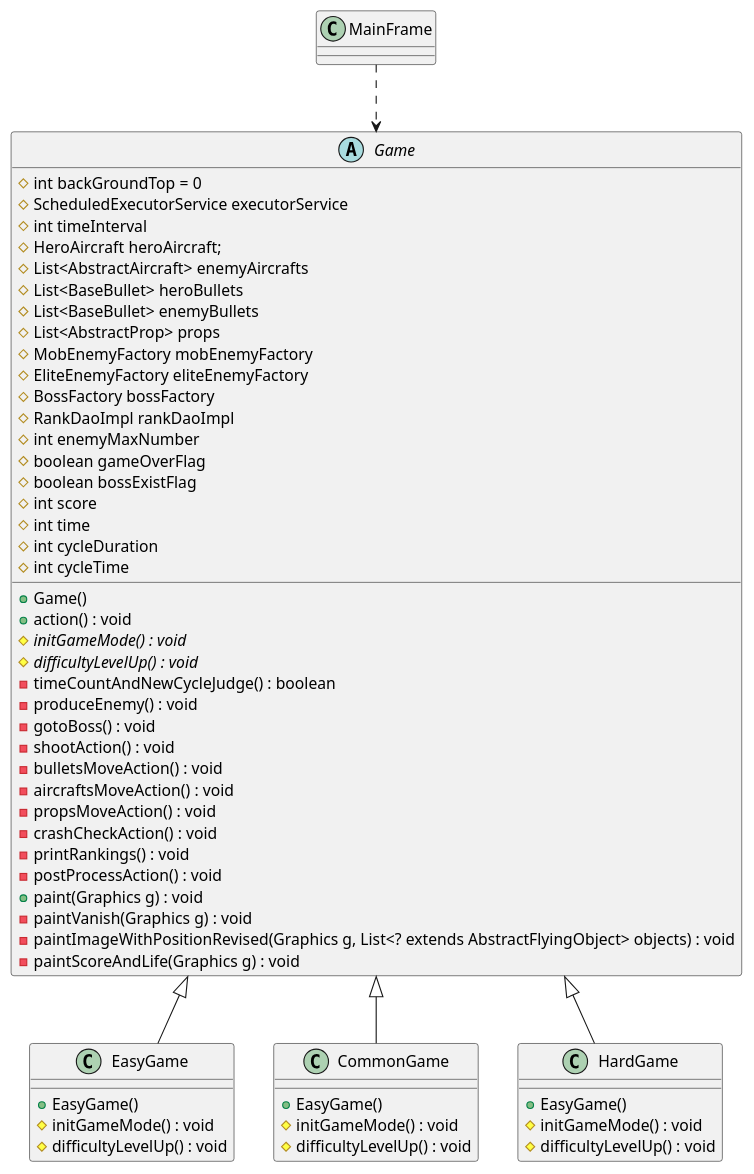
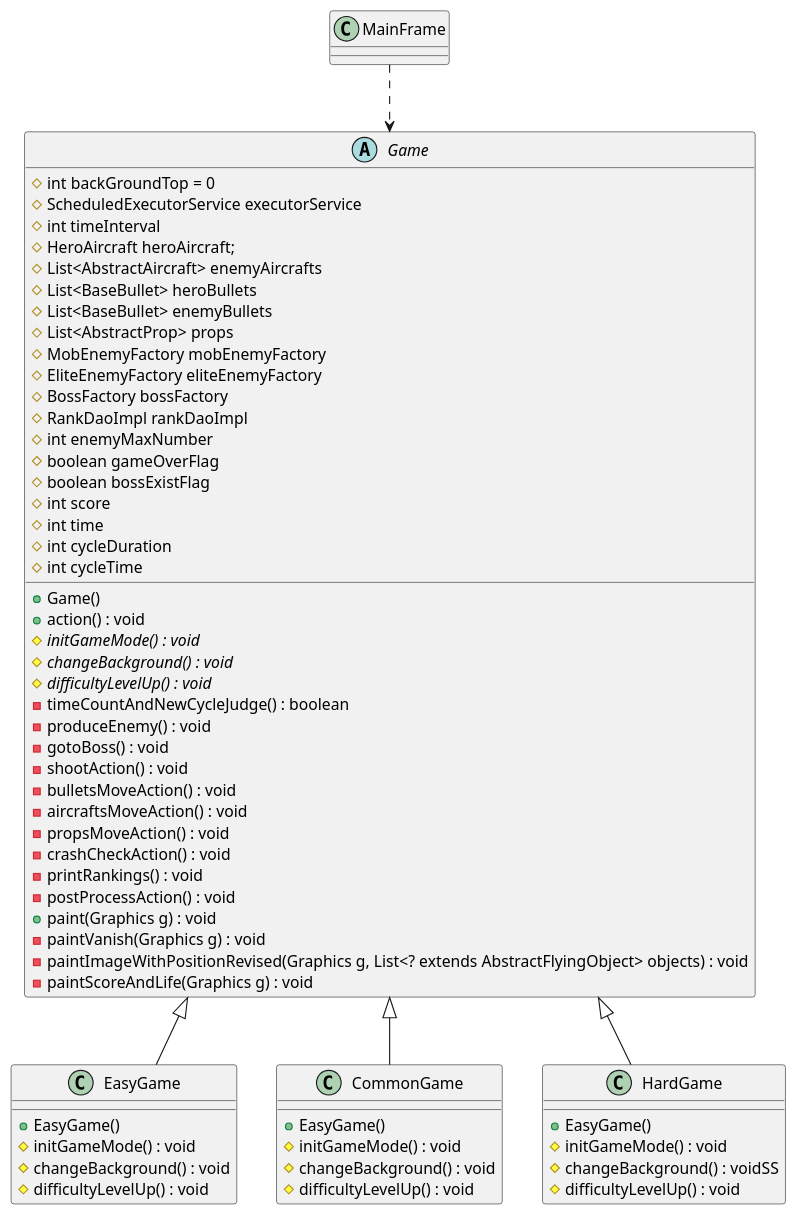
Before and after one commit to KKjimmie/AircraftWar: the diagram in uml/TemplatePattern.puml, drawn with PlantUML. The commit also changed 22 other files, not shown here.

```diff
--- a/uml/TemplatePattern.puml
+++ b/uml/TemplatePattern.puml
@@ -1,68 +1,72 @@
 @startuml
 class MainFrame
 
 abstract class Game{
     # int backGroundTop = 0
     # ScheduledExecutorService executorService
     # int timeInterval
     # HeroAircraft heroAircraft;
     # List<AbstractAircraft> enemyAircrafts
     # List<BaseBullet> heroBullets
     # List<BaseBullet> enemyBullets
     # List<AbstractProp> props
     # MobEnemyFactory mobEnemyFactory
     # EliteEnemyFactory eliteEnemyFactory
     # BossFactory bossFactory
     # RankDaoImpl rankDaoImpl
     # int enemyMaxNumber
     # boolean gameOverFlag
     # boolean bossExistFlag
     # int score
     # int time
     # int cycleDuration
     # int cycleTime
 
     + Game()
     + action() : void
     # {abstract} initGameMode() : void
+    # {abstract} changeBackground() : void
     # {abstract} difficultyLevelUp() : void
     - timeCountAndNewCycleJudge() : boolean
     - produceEnemy() : void
     - gotoBoss() : void
     - shootAction() : void
     - bulletsMoveAction() : void
     - aircraftsMoveAction() : void
     - propsMoveAction() : void
     - crashCheckAction() : void
     - printRankings() : void
     - postProcessAction() : void
     + paint(Graphics g) : void
     - paintVanish(Graphics g) : void
     - paintImageWithPositionRevised(Graphics g, List<? extends AbstractFlyingObject> objects) : void
     - paintScoreAndLife(Graphics g) : void
 }
 
 class EasyGame{
     + EasyGame()
     # initGameMode() : void
+    # changeBackground() : void
     # difficultyLevelUp() : void
 }
 
 class CommonGame{
     + EasyGame()
     # initGameMode() : void
+    # changeBackground() : void
     # difficultyLevelUp() : void
 }
 
 class HardGame{
     + EasyGame()
     # initGameMode() : void
+    # changeBackground() : voidSS
     # difficultyLevelUp() : void
 }
 
 
 MainFrame ..> Game
 Game <|-- EasyGame
 Game <|-- CommonGame
 Game <|-- HardGame
 @enduml
```
